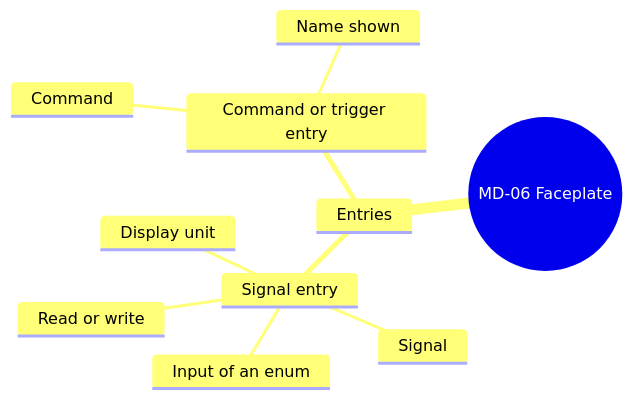
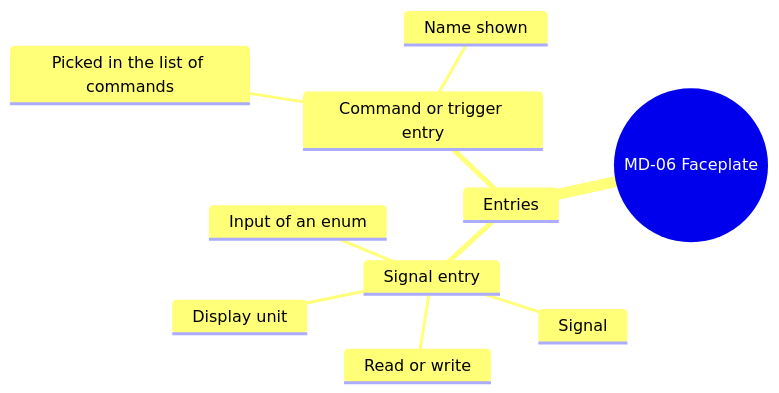
One commit to AlexandreGallais/synoptic-studio-spec changed the eighth of 14 diagrams in screens/metadata.md. Above: the diagram before and after it, drawn with Mermaid. The commit also changed other lines of this file and 14 other files, not shown here.

````diff
--- a/screens/metadata.md
+++ b/screens/metadata.md
@@ -195,13 +223,13 @@
 ```mermaid
 mindmap
   root((MD-06 Faceplate))
     Entries
       Signal entry
         Signal
         Read or write
         Display unit
         Input of an enum
       Command or trigger entry
-        Command
+        Picked in the list of commands
         Name shown
 ```
````
